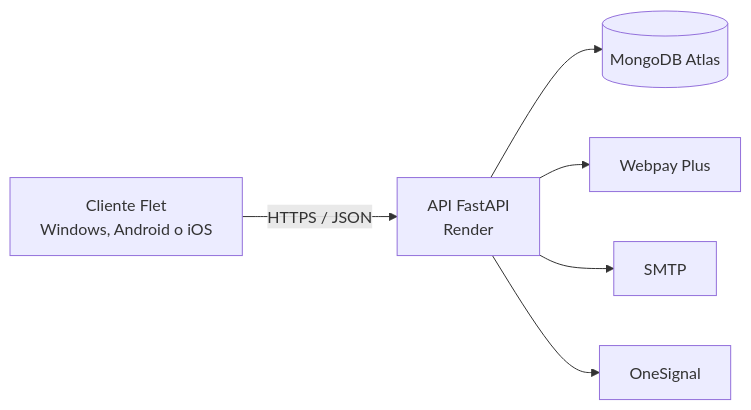
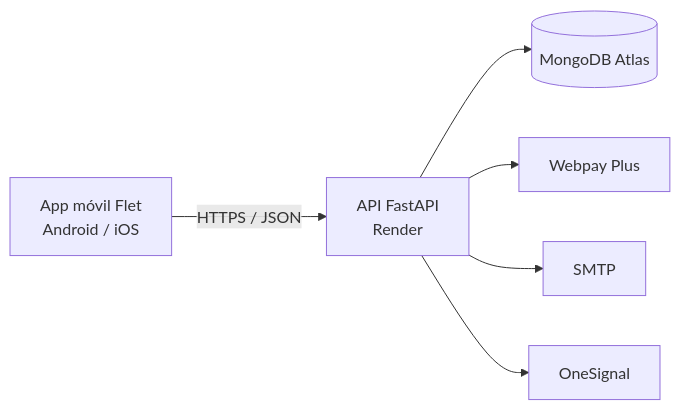
One commit to LilMax2005/ischuu_app_ changed the diagram in README.md. Above: the diagram before and after it, drawn with Mermaid. The commit also changed other lines of this file and 104 other files, not shown here.

````diff
--- a/README.md
+++ b/README.md
@@ -25,8 +25,8 @@
 ```mermaid
 flowchart LR
-    F["Cliente Flet<br/>Windows, Android o iOS"] -->|HTTPS / JSON| A["API FastAPI<br/>Render"]
+    F["App móvil Flet<br/>Android / iOS"] -->|HTTPS / JSON| A["API FastAPI<br/>Render"]
     A --> M[(MongoDB Atlas)]
     A --> W["Webpay Plus"]
     A --> S["SMTP"]
     A --> O["OneSignal"]
 ```
````
